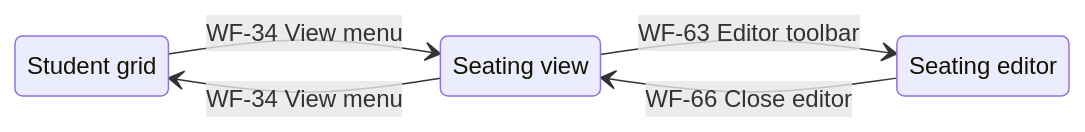
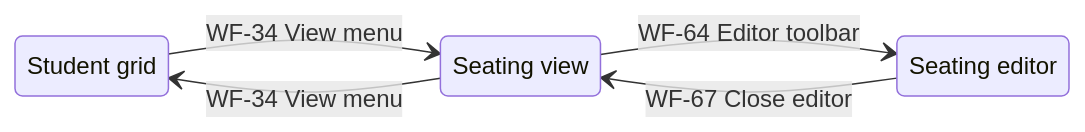
Before and after one commit to kisdreamteam/KIS-Points-V2-Live: the second of 3 diagrams in docs/teacher-workflows.md, drawn with Mermaid. The commit also changed other lines of this file and 19 other files, not shown here.

````diff
--- a/docs/teacher-workflows.md
+++ b/docs/teacher-workflows.md
@@ -895,12 +895,12 @@
 ```mermaid
 stateDiagram-v2
   direction LR
   gridView: Student grid
   seatingView: Seating view
   seatingEdit: Seating editor
 
   gridView --> seatingView: WF-34 View menu
   seatingView --> gridView: WF-34 View menu
-  seatingView --> seatingEdit: WF-63 Editor toolbar
-  seatingEdit --> seatingView: WF-66 Close editor
+  seatingView --> seatingEdit: WF-64 Editor toolbar
+  seatingEdit --> seatingView: WF-67 Close editor
 ```
````
